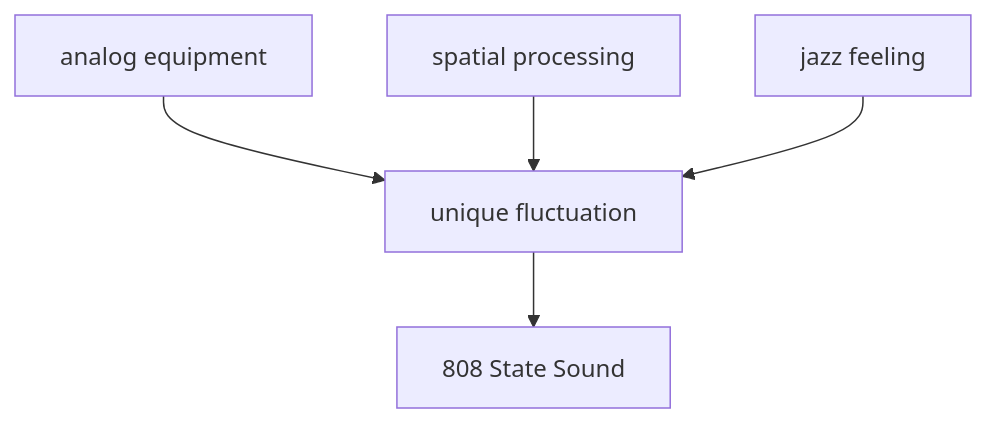
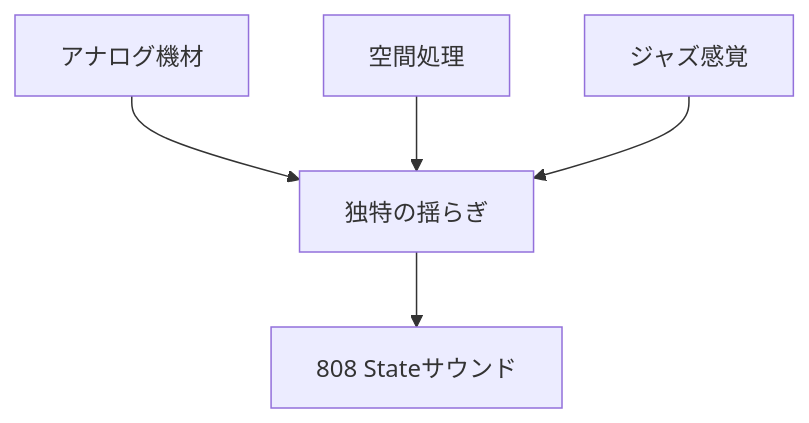
Before and after one commit to monumental-movement/monumental-movement.github.io: diagram 14 of 17 in en/_posts/2026-05-24-column-808-state.md, drawn with Mermaid. The commit also changed other lines of this file and 2196 other files, not shown here.

```diff
--- a/en/_posts/2026-05-24-column-808-state.md
+++ b/en/_posts/2026-05-24-column-808-state.md
@@ -512,7 +511,7 @@
 <div class="mermaid">
 flowchart TD
-A[analog equipment] --> D[unique fluctuation]
-B[spatial processing] --> D
-C[jazz feeling] --> D
-D --> E[808 State Sound]
+A[アナログ機材] --> D[独特の揺らぎ]
+B[空間処理] --> D
+C[ジャズ感覚] --> D
+D --> E[808 Stateサウンド]
 </div>
```
